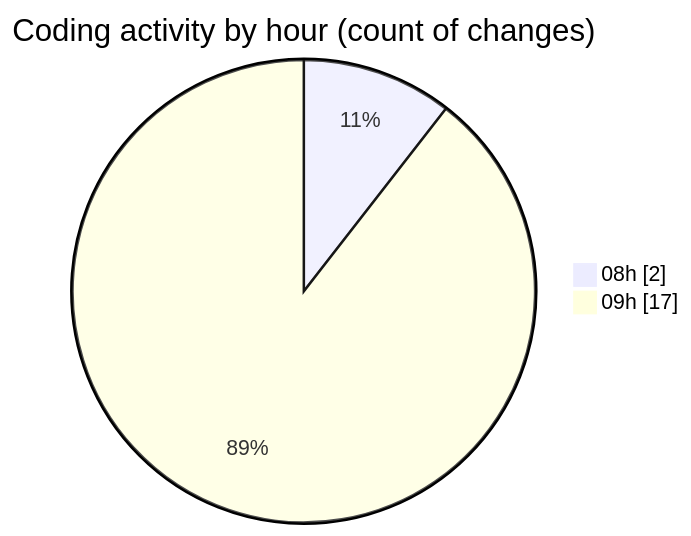
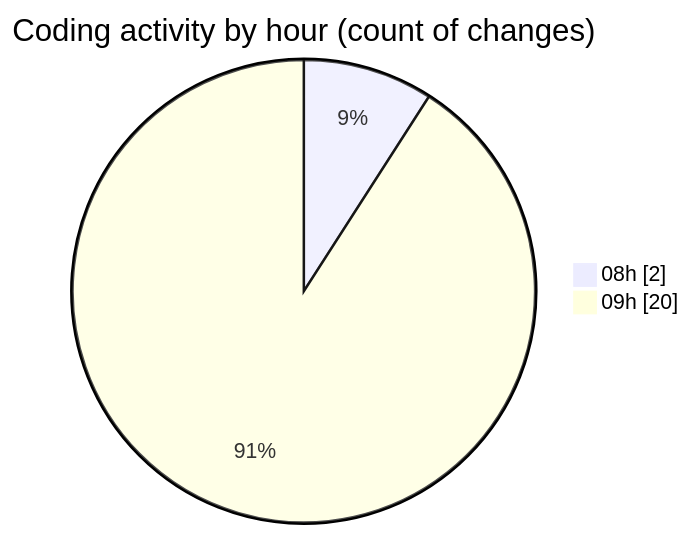
Before and after one commit to Elitesun/code-tracking: the second of 2 diagrams in 2025-05-20/niten/README.md, drawn with Mermaid. The commit also changed other lines of this file and 1 other file, not shown here.

````diff
--- a/2025-05-20/niten/README.md
+++ b/2025-05-20/niten/README.md
@@ -37,6 +37,6 @@
 ```mermaid
 pie showData
 title Coding activity by hour (count of changes)
 "08h" : 2
-"09h" : 17
+"09h" : 20
 ```
````
